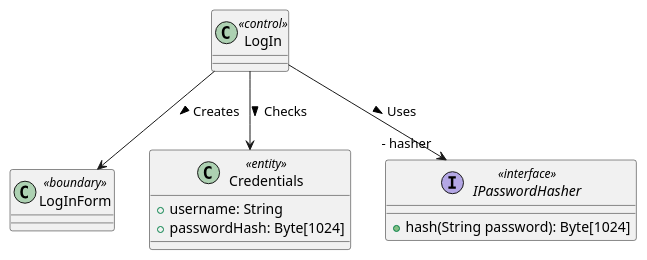
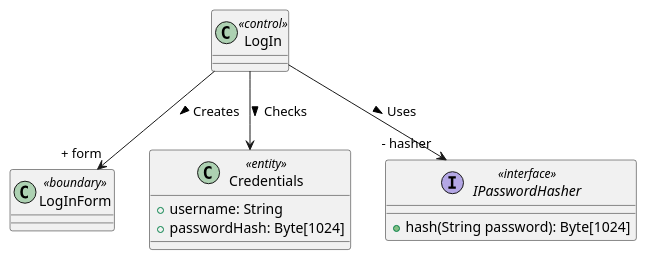
Before and after one commit to bmb0136/COMP-3700-Project: the second of 2 diagrams in Use Cases/LogIn.iuml, drawn with PlantUML.

Commit message:
add +form to loginform

```diff
--- a/Use Cases/LogIn.iuml
+++ b/Use Cases/LogIn.iuml
@@ -28,14 +28,14 @@
 @startuml Log In Object Model
 class LogIn <<control>> {}
 class LogInForm <<boundary>> {}
 class Credentials <<entity>> {
   + username: String
   + passwordHash: Byte[1024]
 }
 interface IPasswordHasher <<interface>> {
   + hash(String password): Byte[1024]
 }
-LogIn --> LogInForm : Creates >
+LogIn --> "+ form" LogInForm : Creates >
 LogIn --> Credentials : Checks >
 LogIn --> "- hasher" IPasswordHasher : Uses >
 @enduml
```
